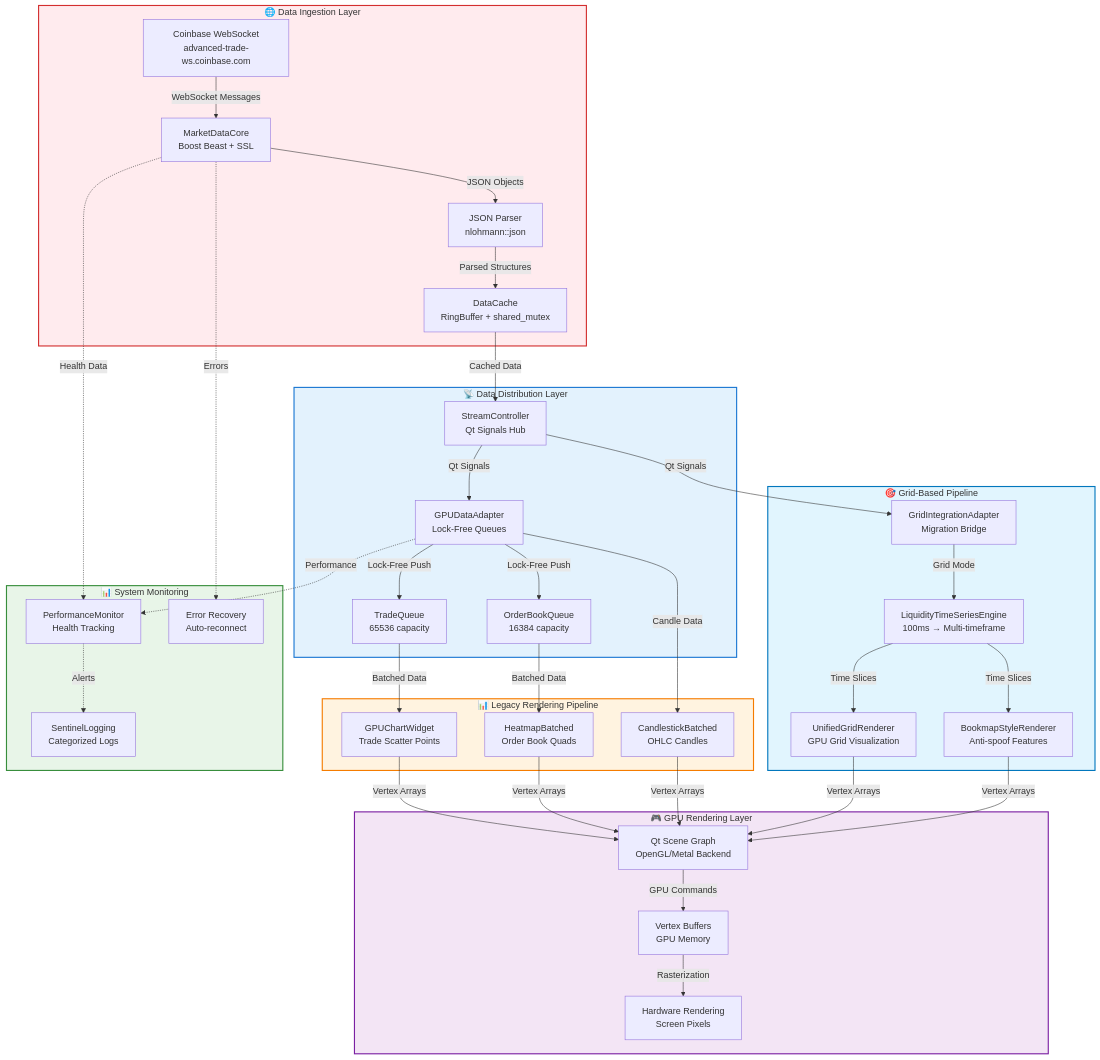
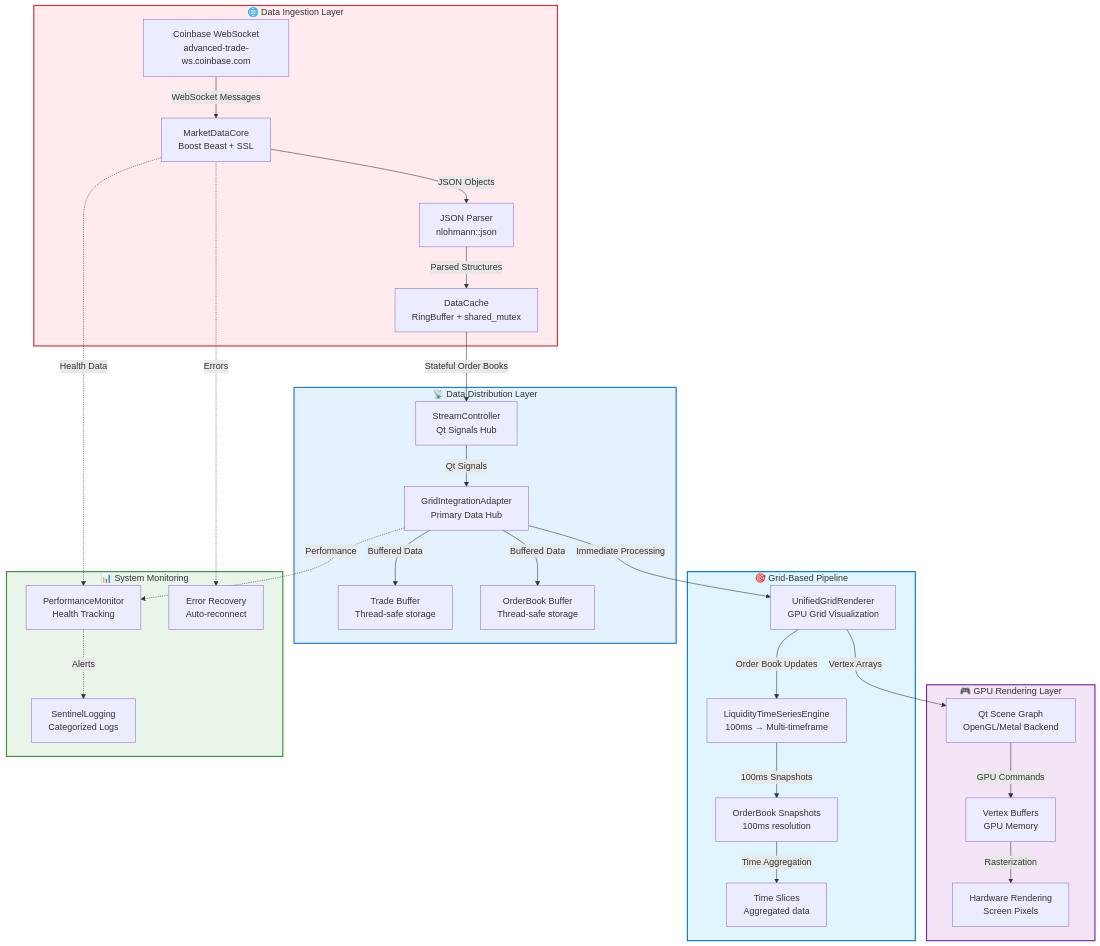
Before and after one commit to pattty847/Sentinel: the diagram in docs/GRID_ARCHITECTURE.md, drawn with Mermaid. The commit also changed other lines of this file and 7 other files, not shown here.

````diff
--- a/docs/GRID_ARCHITECTURE.md
+++ b/docs/GRID_ARCHITECTURE.md
@@ -400,81 +411,64 @@
 ```mermaid
 graph TD
     subgraph INGESTION["🌐 Data Ingestion Layer"]
         A[Coinbase WebSocket<br/>advanced-trade-ws.coinbase.com]
         B[MarketDataCore<br/>Boost Beast + SSL]
         C[JSON Parser<br/>nlohmann::json]
         D[DataCache<br/>RingBuffer + shared_mutex]
     end
     
     subgraph DISTRIBUTION["📡 Data Distribution Layer"]
         E[StreamController<br/>Qt Signals Hub]
-        F[GPUDataAdapter<br/>Lock-Free Queues]
-        G[TradeQueue<br/>65536 capacity]
-        H[OrderBookQueue<br/>16384 capacity]
-    end
-    
-    subgraph LEGACY["📊 Legacy Rendering Pipeline"]
-        I[GPUChartWidget<br/>Trade Scatter Points]
-        J[HeatmapBatched<br/>Order Book Quads]
-        K[CandlestickBatched<br/>OHLC Candles]
+        F[GridIntegrationAdapter<br/>Primary Data Hub]
+        G[Trade Buffer<br/>Thread-safe storage]
+        H[OrderBook Buffer<br/>Thread-safe storage]
     end
     
     subgraph GRID["🎯 Grid-Based Pipeline"]
-        L[GridIntegrationAdapter<br/>Migration Bridge]
-        M[LiquidityTimeSeriesEngine<br/>100ms → Multi-timeframe]
-        N[UnifiedGridRenderer<br/>GPU Grid Visualization]
-        O[BookmapStyleRenderer<br/>Anti-spoof Features]
+        I[UnifiedGridRenderer<br/>GPU Grid Visualization]
+        J[LiquidityTimeSeriesEngine<br/>100ms → Multi-timeframe]
+        K[OrderBook Snapshots<br/>100ms resolution]
+        L[Time Slices<br/>Aggregated data]
     end
     
     subgraph GPU["🎮 GPU Rendering Layer"]
-        P[Qt Scene Graph<br/>OpenGL/Metal Backend]
-        Q[Vertex Buffers<br/>GPU Memory]
-        R[Hardware Rendering<br/>Screen Pixels]
+        M[Qt Scene Graph<br/>OpenGL/Metal Backend]
+        N[Vertex Buffers<br/>GPU Memory]
+        O[Hardware Rendering<br/>Screen Pixels]
     end
     
     subgraph MONITORING["📊 System Monitoring"]
-        S[PerformanceMonitor<br/>Health Tracking]
-        T[SentinelLogging<br/>Categorized Logs]
-        U[Error Recovery<br/>Auto-reconnect]
+        P[PerformanceMonitor<br/>Health Tracking]
+        Q[SentinelLogging<br/>Categorized Logs]
+        R[Error Recovery<br/>Auto-reconnect]
     end
     
     A -->|WebSocket Messages| B
     B -->|JSON Objects| C
     C -->|Parsed Structures| D
-    D -->|Cached Data| E
+    D -->|Stateful Order Books| E
     
     E -->|Qt Signals| F
-    E -->|Qt Signals| L
+    F -->|Immediate Processing| I
+    F -->|Buffered Data| G
+    F -->|Buffered Data| H
     
-    F -->|Lock-Free Push| G
-    F -->|Lock-Free Push| H
+    I -->|Order Book Updates| J
+    J -->|100ms Snapshots| K
+    K -->|Time Aggregation| L
     
-    G -->|Batched Data| I
-    H -->|Batched Data| J
-    F -->|Candle Data| K
+    I -->|Vertex Arrays| M
+    M -->|GPU Commands| N
+    N -->|Rasterization| O
     
-    L -->|Grid Mode| M
-    M -->|Time Slices| N
-    M -->|Time Slices| O
-    
-    I -->|Vertex Arrays| P
-    J -->|Vertex Arrays| P
-    K -->|Vertex Arrays| P
-    N -->|Vertex Arrays| P
-    O -->|Vertex Arrays| P
-    
-    P -->|GPU Commands| Q
-    Q -->|Rasterization| R
-    
-    B -.->|Health Data| S
-    F -.->|Performance| S
-    S -.->|Alerts| T
-    B -.->|Errors| U
+    B -.->|Health Data| P
+    F -.->|Performance| P
+    P -.->|Alerts| Q
+    B -.->|Errors| R
     
     style INGESTION fill:#ffebee,stroke:#d32f2f,stroke-width:2px
     style DISTRIBUTION fill:#e3f2fd,stroke:#1976d2,stroke-width:2px
-    style LEGACY fill:#fff3e0,stroke:#f57c00,stroke-width:2px
     style GRID fill:#e1f5fe,stroke:#0277bd,stroke-width:2px
     style GPU fill:#f3e5f5,stroke:#7b1fa2,stroke-width:2px
     style MONITORING fill:#e8f5e8,stroke:#388e3c,stroke-width:2px
 ```
````
